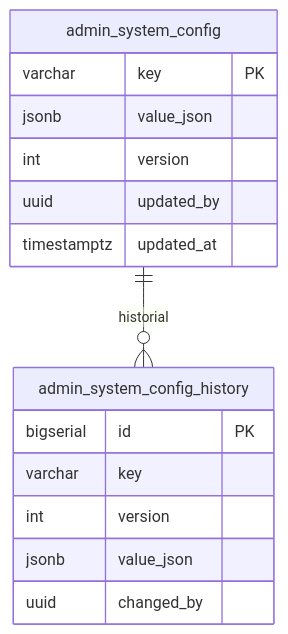
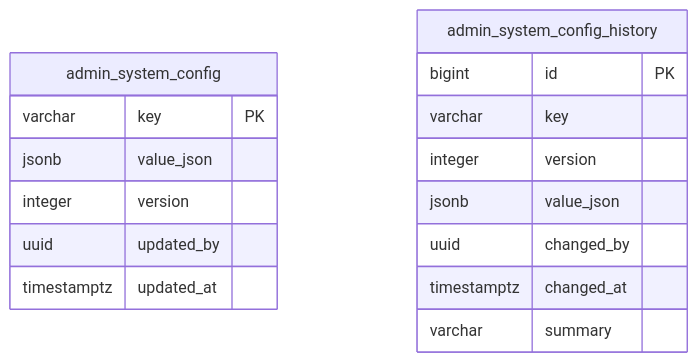
Before and after one commit to jdtovar07/MSPI_NVA_CO_DOCS: the ninth of 9 diagrams in Documentacion-General/Modelo-Datos-MER.md, drawn with Mermaid. The commit also changed other lines of this file, not shown here.

Commit message:
docs(mer): complete per-schema ER diagrams with all 73 tables, columns and cross-schema references

````diff
--- a/Documentacion-General/Modelo-Datos-MER.md
+++ b/Documentacion-General/Modelo-Datos-MER.md
@@ -370,19 +1270,19 @@
 ```mermaid
 erDiagram
-  admin_system_config ||--o{ admin_system_config_history : historial
-
   admin_system_config {
     varchar key PK
     jsonb value_json
-    int version
+    integer version
     uuid updated_by
     timestamptz updated_at
   }
   admin_system_config_history {
-    bigserial id PK
+    bigint id PK
     varchar key
-    int version
+    integer version
     jsonb value_json
     uuid changed_by
+    timestamptz changed_at
+    varchar summary
   }
 ```
````
